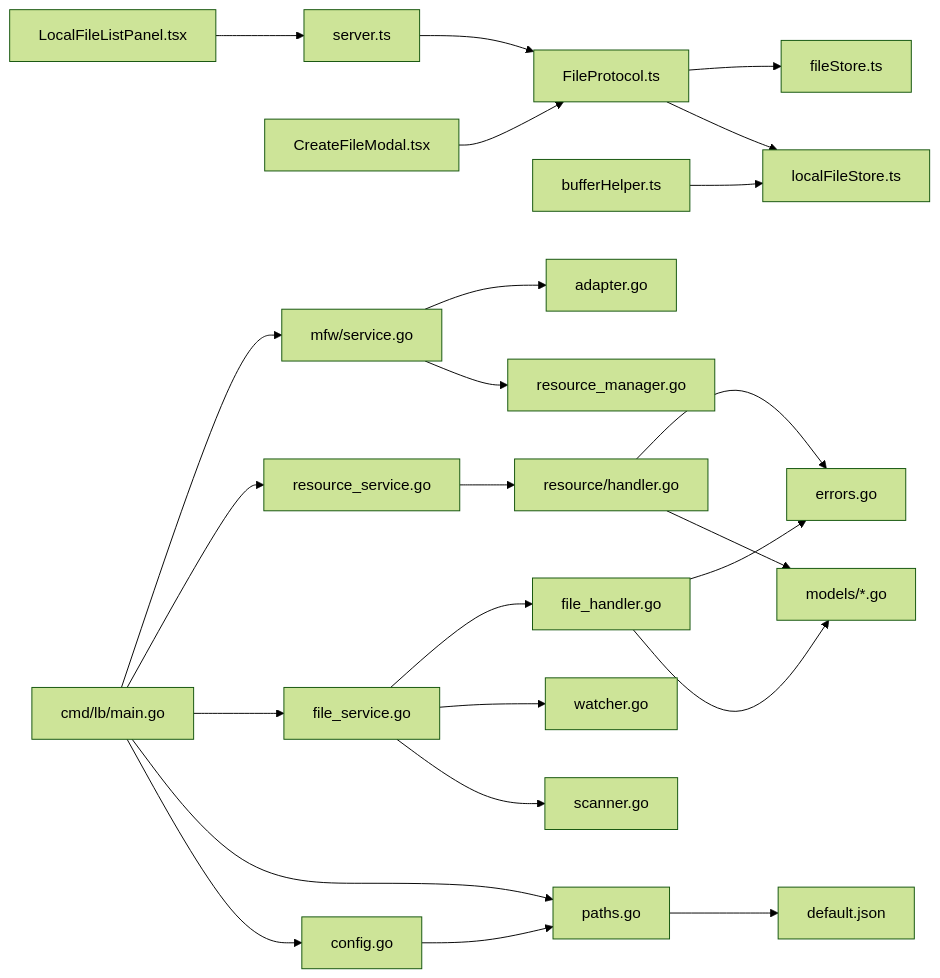
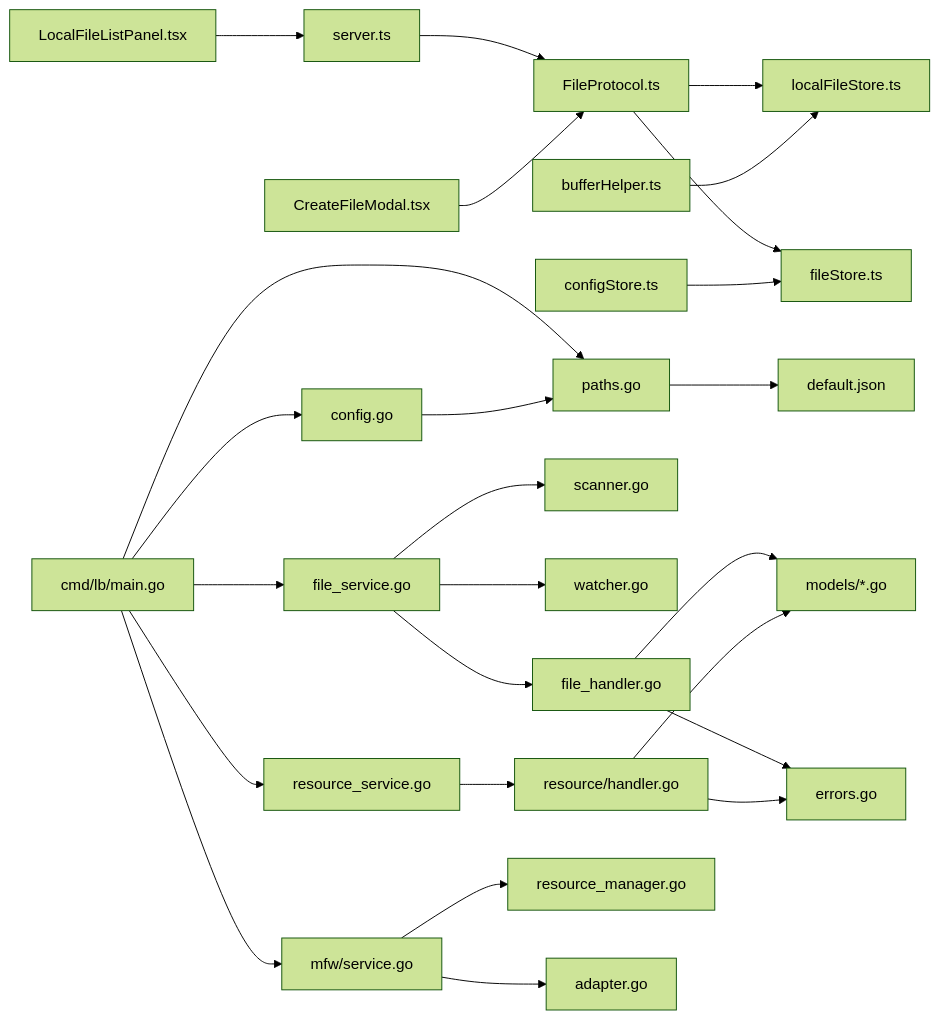
Before and after one commit to kqcoxn/MaaPipelineEditor: the third of 3 diagrams in .qoder/repowiki/zh/content/核心概念/本地文件管理.md, drawn with Mermaid (forest theme). The commit also changed other lines of this file and 9 other files, not shown here.

````diff
--- a/.qoder/repowiki/zh/content/核心概念/本地文件管理.md
+++ b/.qoder/repowiki/zh/content/核心概念/本地文件管理.md
@@ -565,26 +648,27 @@
 ```mermaid
 graph LR
 FE_Server["server.ts"] --> FE_Protocol["FileProtocol.ts"]
 FE_Protocol --> FE_LocalStore["localFileStore.ts"]
 FE_Protocol --> FE_FileStore["fileStore.ts"]
+FE_ConfigStore["configStore.ts"] --> FE_FileStore
 FE_ListPanel["LocalFileListPanel.tsx"] --> FE_Server
 FE_CreateModal["CreateFileModal.tsx"] --> FE_Protocol
 FE_BufferHelper["bufferHelper.ts"] --> FE_LocalStore
 LB_Main["cmd/lb/main.go"] --> LB_Config["config.go"]
 LB_Main --> LB_Paths["paths.go"]
 LB_Main --> LB_FileSvc["file_service.go"]
 LB_Main --> LB_ResSvc["resource_service.go"]
 LB_Main --> LB_MFW["mfw/service.go"]
 LB_Paths --> LB_DefaultConfig["default.json"]
 LB_Config --> LB_Paths
 LB_FileSvc --> LB_Scanner["scanner.go"]
 LB_FileSvc --> LB_Watcher["watcher.go"]
 LB_FileSvc --> LB_FileHandler["file_handler.go"]
 LB_ResSvc --> LB_ResHandler["resource/handler.go"]
 LB_MFW --> LB_RM["resource_manager.go"]
 LB_MFW --> LB_Adapter["adapter.go"]
 LB_FileHandler --> LB_Models["models/*.go"]
 LB_ResHandler --> LB_Models
 LB_FileHandler --> LB_Errors["errors.go"]
 LB_ResHandler --> LB_Errors
 ```
````
